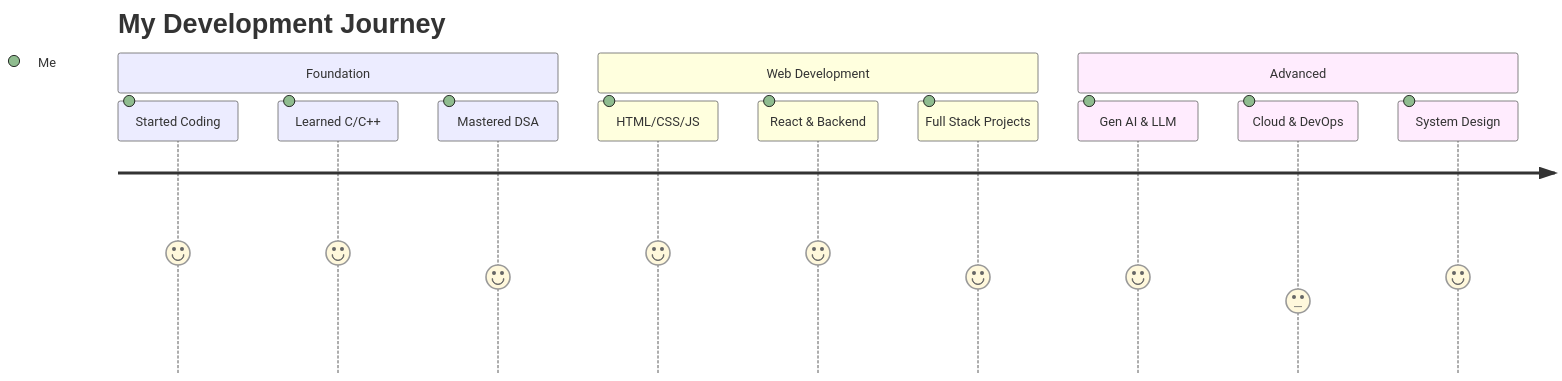
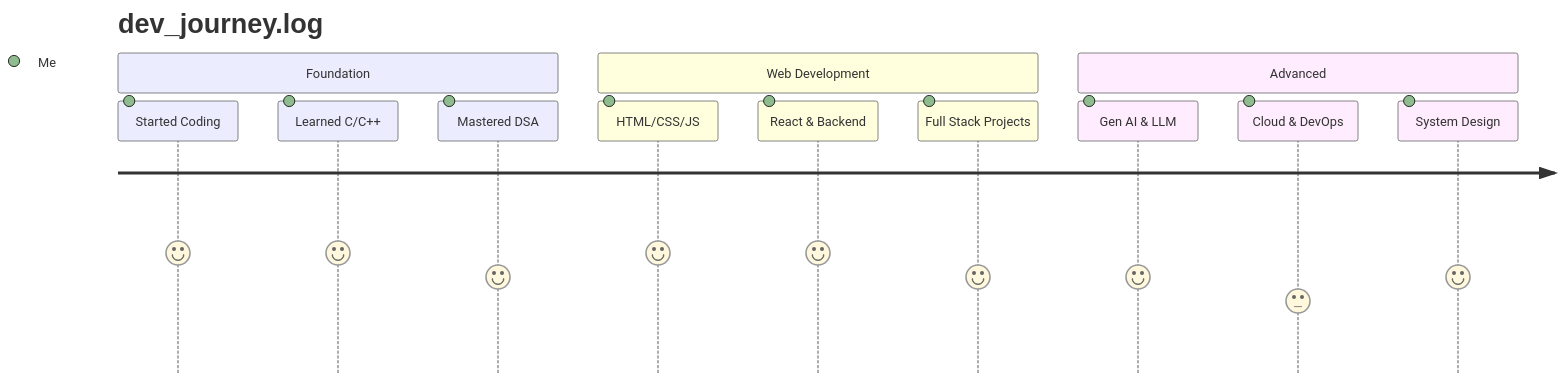
Before and after one commit to rudra00434/rudra00434: the first of 3 diagrams in README.md, drawn with Mermaid. The commit also changed other lines of this file, not shown here.

````diff
--- a/README.md
+++ b/README.md
@@ -78,16 +68,16 @@
 ```mermaid
 journey
-    title My Development Journey
+    title dev_journey.log
     section Foundation
       Started Coding: 5: Me
       Learned C/C++: 5: Me
       Mastered DSA: 4: Me
     section Web Development
       HTML/CSS/JS: 5: Me
       React & Backend: 5: Me
       Full Stack Projects: 4: Me
     section Advanced
       Gen AI & LLM: 4: Me
       Cloud & DevOps: 3: Me
       System Design: 4: Me
 ```
````
